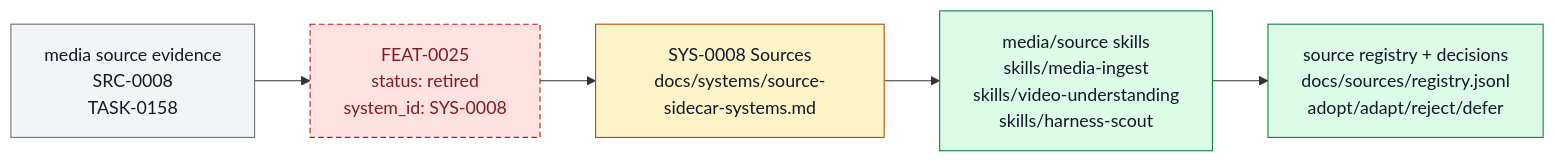
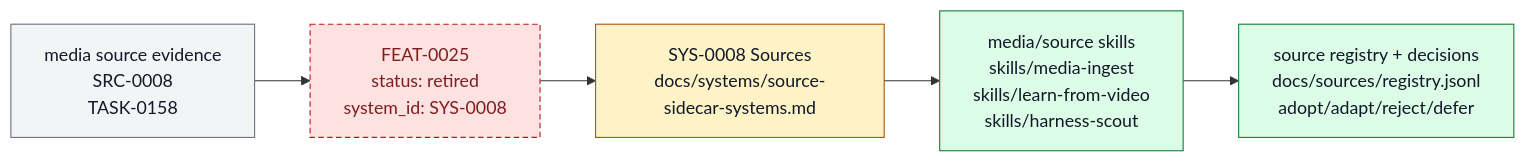
Before and after one commit to ZanarkandTechnologies/Farplane: the diagram in docs/features/FEAT-0025-video-to-skill-source-reconstruction.md, drawn with Mermaid. The commit also changed other lines of this file and 188 other files, not shown here.

````diff
--- a/docs/features/FEAT-0025-video-to-skill-source-reconstruction.md
+++ b/docs/features/FEAT-0025-video-to-skill-source-reconstruction.md
@@ -93,15 +93,15 @@
 ```mermaid
 flowchart LR
   classDef keep fill:#f3f4f6,stroke:#6b7280,color:#111827
   classDef changed fill:#fef3c7,stroke:#b45309,color:#111827
   classDef added fill:#dcfce7,stroke:#15803d,color:#111827
   classDef retired fill:#fee2e2,stroke:#b91c1c,color:#7f1d1d,stroke-dasharray: 5 3
 
   source["media source evidence<br/>SRC-0008<br/>TASK-0158"]:::keep
   retired["FEAT-0025<br/>status: retired<br/>system_id: SYS-0008"]:::retired
   owner["SYS-0008 Sources<br/>docs/systems/source-sidecar-systems.md"]:::changed
-  skills["media/source skills<br/>skills/media-ingest<br/>skills/video-understanding<br/>skills/harness-scout"]:::added
+  skills["media/source skills<br/>skills/media-ingest<br/>skills/learn-from-video<br/>skills/harness-scout"]:::added
   registry["source registry + decisions<br/>docs/sources/registry.jsonl<br/>adopt/adapt/reject/defer"]:::added
 
   source --> retired --> owner --> skills --> registry
 ```
````
